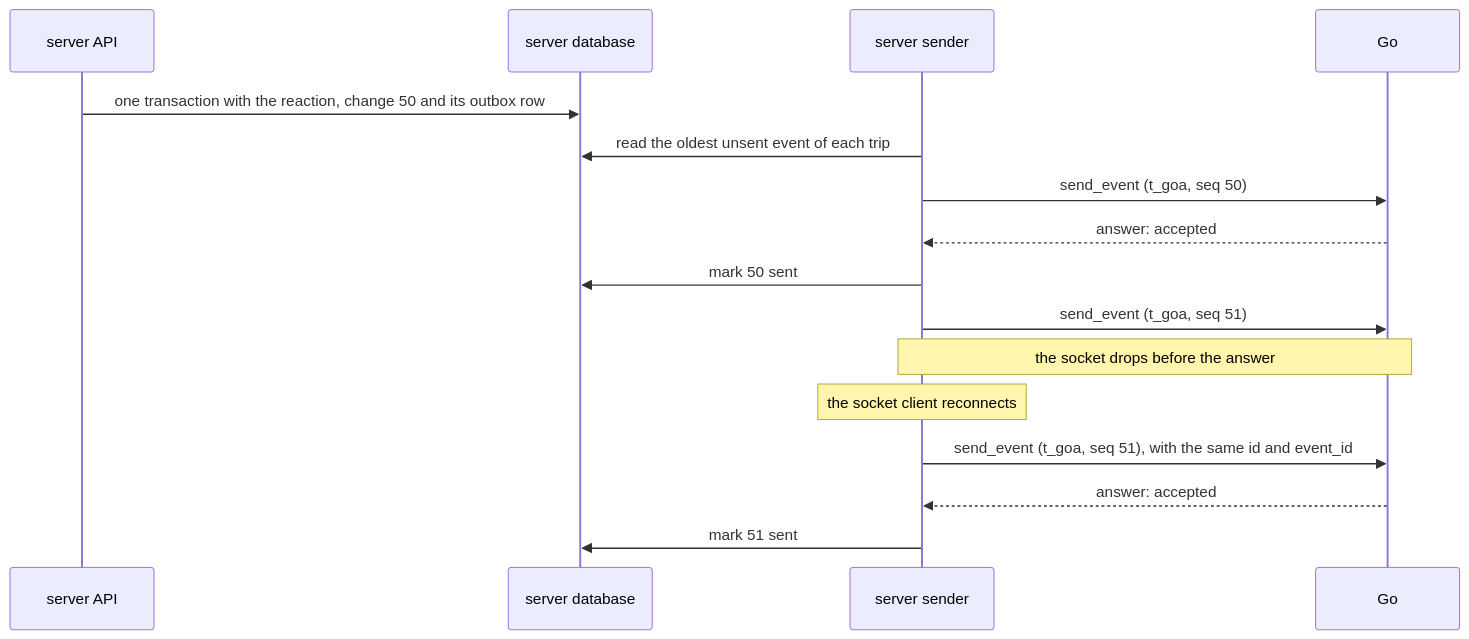
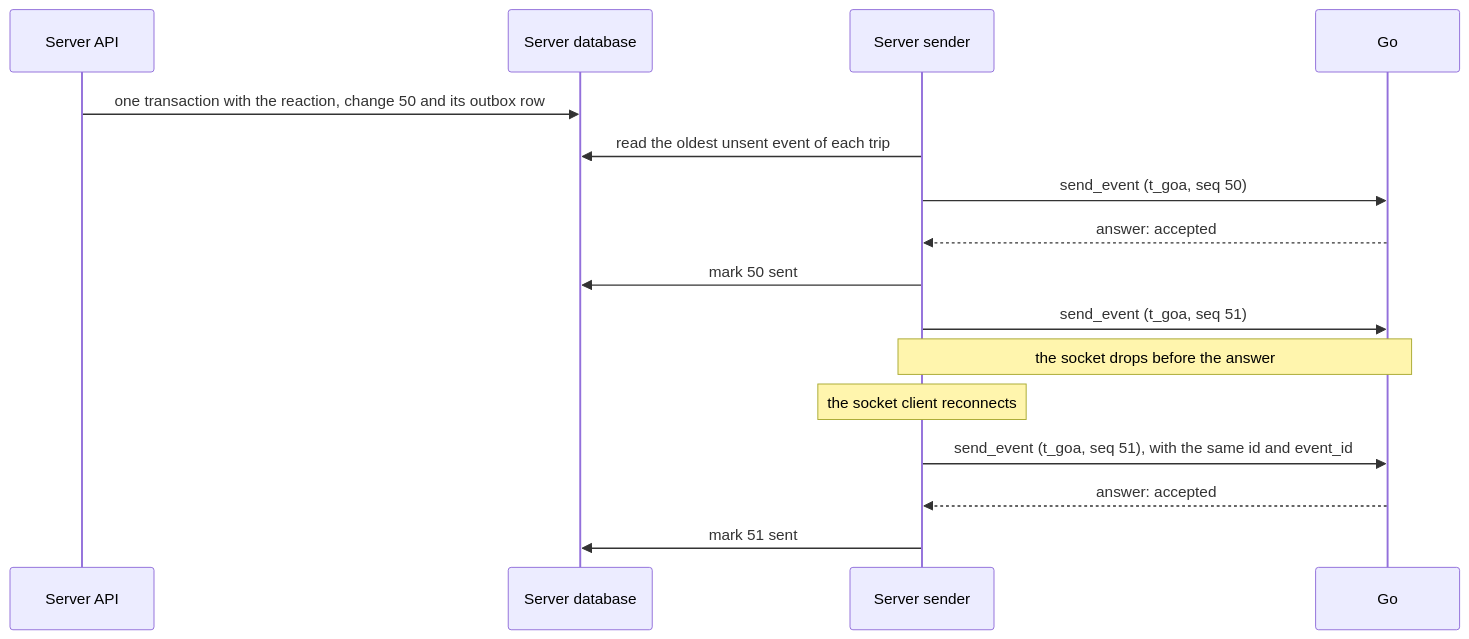
The diagram in docs/guide/03-events.md (vestra-ai/go-brain), drawn with Mermaid before and after one commit. The commit also changed 10 other files, not shown here.

````diff
--- a/docs/guide/03-events.md
+++ b/docs/guide/03-events.md
@@ -118,18 +118,18 @@
 ```mermaid
 sequenceDiagram
-  participant API as server API
-  participant DB as server database
-  participant S as server sender
+  participant API as Server API
+  participant DB as Server database
+  participant S as Server sender
   participant B as Go
   API->>DB: one transaction with the reaction, change 50 and its outbox row
   S->>DB: read the oldest unsent event of each trip
   S->>B: send_event (t_goa, seq 50)
   B-->>S: answer: accepted
   S->>DB: mark 50 sent
   S->>B: send_event (t_goa, seq 51)
   Note over S,B: the socket drops before the answer
   Note over S: the socket client reconnects
   S->>B: send_event (t_goa, seq 51), with the same id and event_id
   B-->>S: answer: accepted
   S->>DB: mark 51 sent
 ```
````
